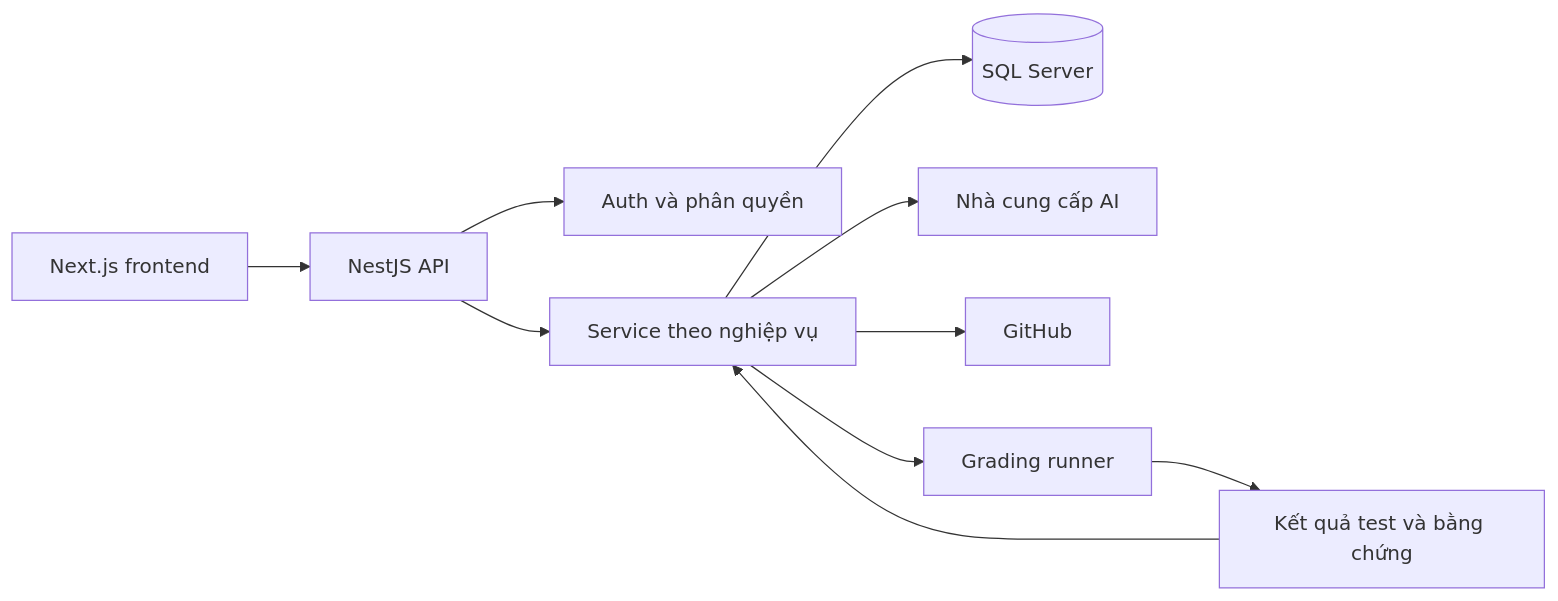
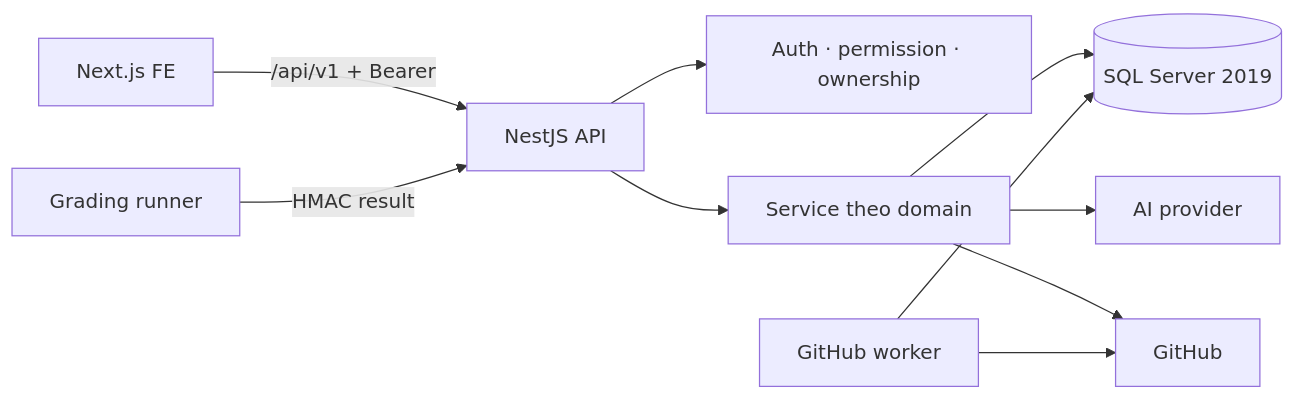
Before and after one commit to vanhoi04082006-pixel/V-Intern-BE: the first of 2 diagrams in docs/HANDOVER.md, drawn with Mermaid. The commit also changed other lines of this file and 23 other files, not shown here.

````diff
--- a/docs/HANDOVER.md
+++ b/docs/HANDOVER.md
@@ -25,12 +41,12 @@
 ```mermaid
 flowchart LR
-  FE[Next.js frontend] --> API[NestJS API]
-  API --> AUTH[Auth và phân quyền]
-  API --> DOMAIN[Service theo nghiệp vụ]
-  DOMAIN --> SQL[(SQL Server)]
-  DOMAIN --> AI[Nhà cung cấp AI]
+  FE[Next.js FE] -->|/api/v1 + Bearer| API[NestJS API]
+  API --> AUTH[Auth · permission · ownership]
+  API --> DOMAIN[Service theo domain]
+  DOMAIN --> DB[(SQL Server 2019)]
+  DOMAIN --> AI[AI provider]
   DOMAIN --> GH[GitHub]
-  DOMAIN --> RUNNER[Grading runner]
-  RUNNER --> RESULT[Kết quả test và bằng chứng]
-  RESULT --> DOMAIN
+  WORKER[GitHub worker] --> GH
+  WORKER --> DB
+  RUNNER[Grading runner] -->|HMAC result| API
 ```
````
